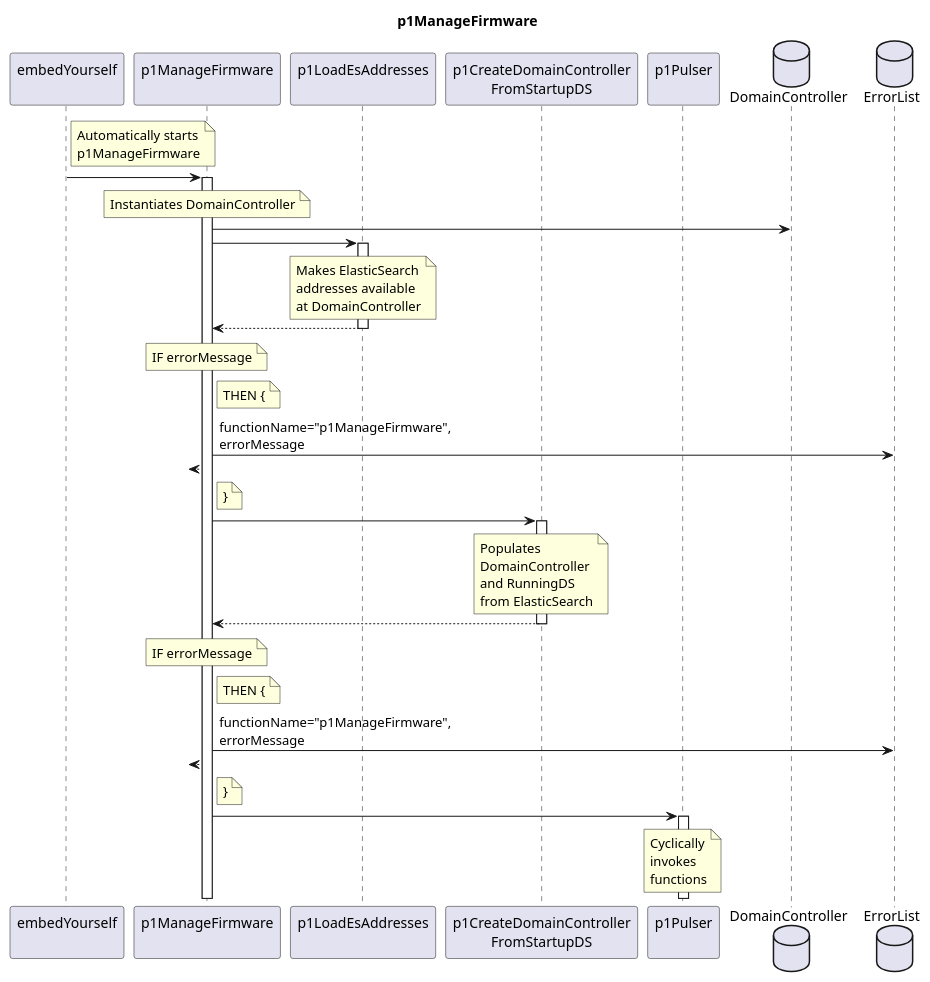
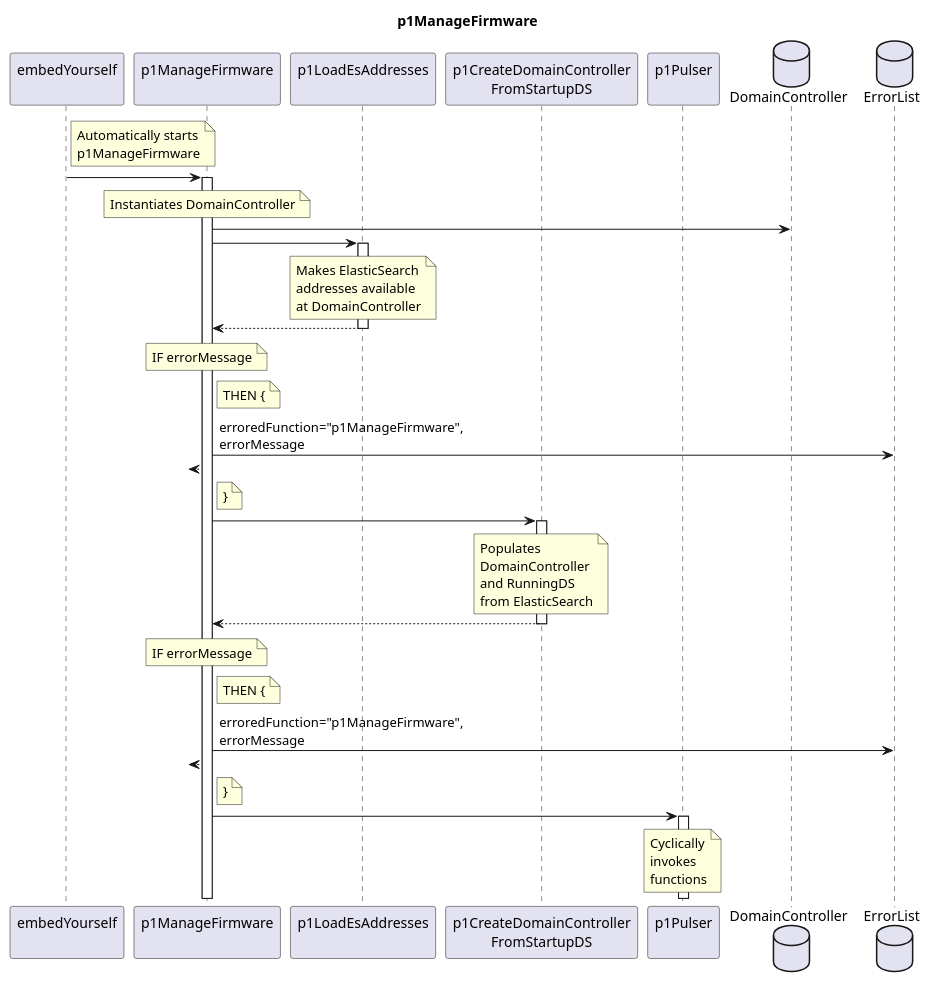
The diagram in spec/Functions/Administrative/p1ManageFirmware/1.0.0/p1ManageFirmware.plantuml (openBackhaul/FirmWareManager), drawn with PlantUML before and after one commit. The commit also changed 28 other files, not shown here.

```diff
--- a/spec/Functions/Administrative/p1ManageFirmware/1.0.0/p1ManageFirmware.plantuml
+++ b/spec/Functions/Administrative/p1ManageFirmware/1.0.0/p1ManageFirmware.plantuml
@@ -1,79 +1,79 @@
 @startuml p1ManageFirmware
 skinparam responseMessageBelowArrow true
 
 title
   p1ManageFirmware
 end title
 
 participant "embedYourself\n" as embed
 participant "p1ManageFirmware\n" as p1ManaFw
 participant "p1LoadEsAddresses\n" as p1LEA
 participant "p1CreateDomainController\nFromStartupDS" as p1CDCFS
 participant "p1Pulser\n" as p1Puls
 database "DomainController" as DC
 database "ErrorList" as hEL
 
 note right embed
   Automatically starts
   p1ManageFirmware
 end note
 embed -> p1ManaFw
 activate p1ManaFw
 
   note over p1ManaFw
     Instantiates DomainController
   end note
   p1ManaFw -> DC
 
   p1ManaFw -> p1LEA
   activate p1LEA
     note over p1LEA
       Makes ElasticSearch
       addresses available
       at DomainController
     end note
   p1ManaFw <-- p1LEA
   deactivate p1LEA
   note over p1ManaFw
     IF errorMessage
   end note
   note right p1ManaFw
     THEN {
   end note
-  p1ManaFw -> hEL: functionName="p1ManageFirmware",\nerrorMessage
+  p1ManaFw -> hEL: erroredFunction="p1ManageFirmware",\nerrorMessage
   ?<-- p1ManaFw
   note right p1ManaFw
     }
   end note
 
   p1ManaFw -> p1CDCFS
   activate p1CDCFS
     note over p1CDCFS
       Populates
       DomainController
       and RunningDS
       from ElasticSearch
     end note
   p1ManaFw <-- p1CDCFS
   deactivate p1CDCFS
   note over p1ManaFw
     IF errorMessage
   end note
   note right p1ManaFw
     THEN {
   end note
-  p1ManaFw -> hEL: functionName="p1ManageFirmware",\nerrorMessage
+  p1ManaFw -> hEL: erroredFunction="p1ManageFirmware",\nerrorMessage
   ?<-- p1ManaFw
   note right p1ManaFw
     }
   end note
 
   p1ManaFw -> p1Puls
   activate p1Puls
     note over p1Puls
       Cyclically
       invokes
       functions
     end note
 
 @enduml
```
